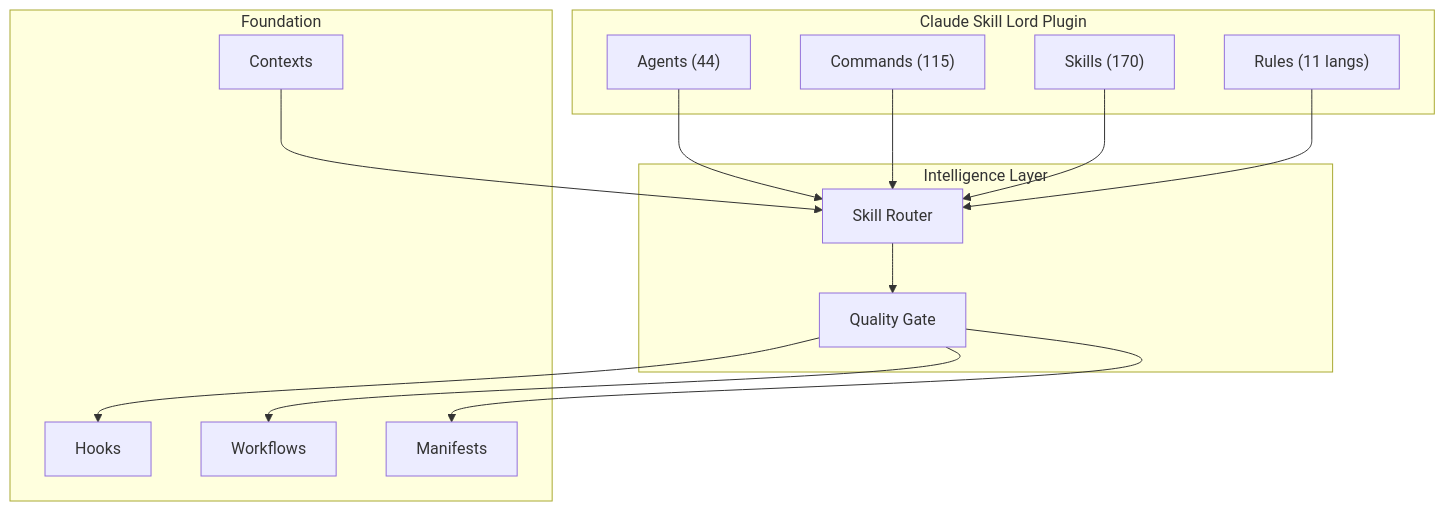
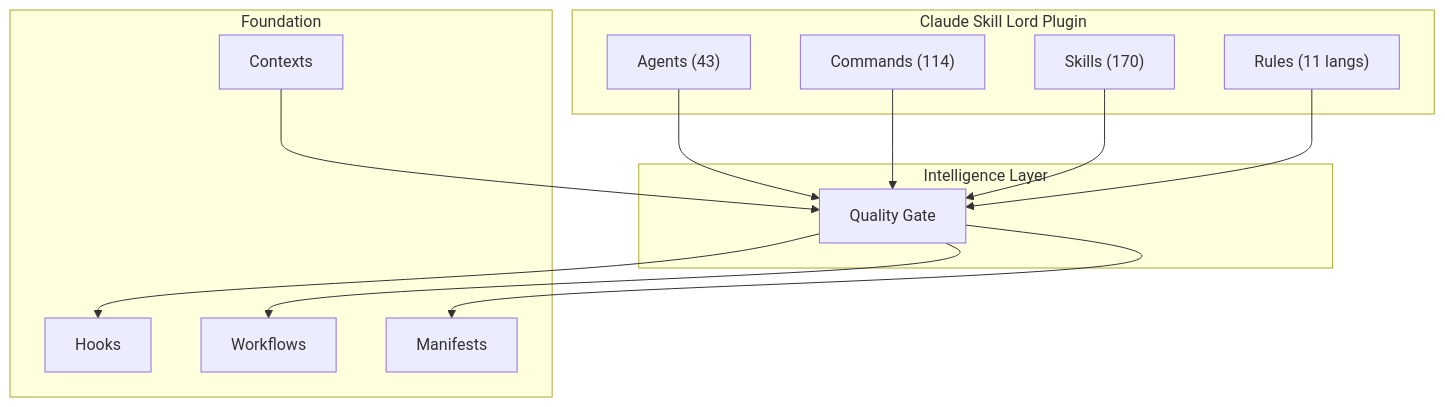
The diagram in README.md (donganhvuphp/Claude-Skills-Lord), drawn with Mermaid before and after one commit. The commit also changed other lines of this file and 13 other files, not shown here.

First line of the commit message:
refactor: remove skill-router, fix sl.js manifest dependency, update counts

````diff
--- a/README.md
+++ b/README.md
@@ -78,31 +78,29 @@
 ```mermaid
 graph TD
     subgraph Plugin["Claude Skill Lord Plugin"]
-        A["Agents (44)"]
-        B["Commands (115)"]
+        A["Agents (43)"]
+        B["Commands (114)"]
         C["Skills (170)"]
         R["Rules (11 langs)"]
     end
 
     subgraph Intelligence["Intelligence Layer"]
-        D["Skill Router"]
         E["Quality Gate"]
     end
 
     subgraph Infra["Foundation"]
         F["Hooks"]
         G["Workflows"]
         H["Manifests"]
         CTX["Contexts"]
     end
 
-    A --> D
-    B --> D
-    C --> D
-    R --> D
-    D --> E
+    A --> E
+    B --> E
+    C --> E
+    R --> E
     E --> F
     E --> G
     E --> H
-    CTX --> D
+    CTX --> E
 ```
````
